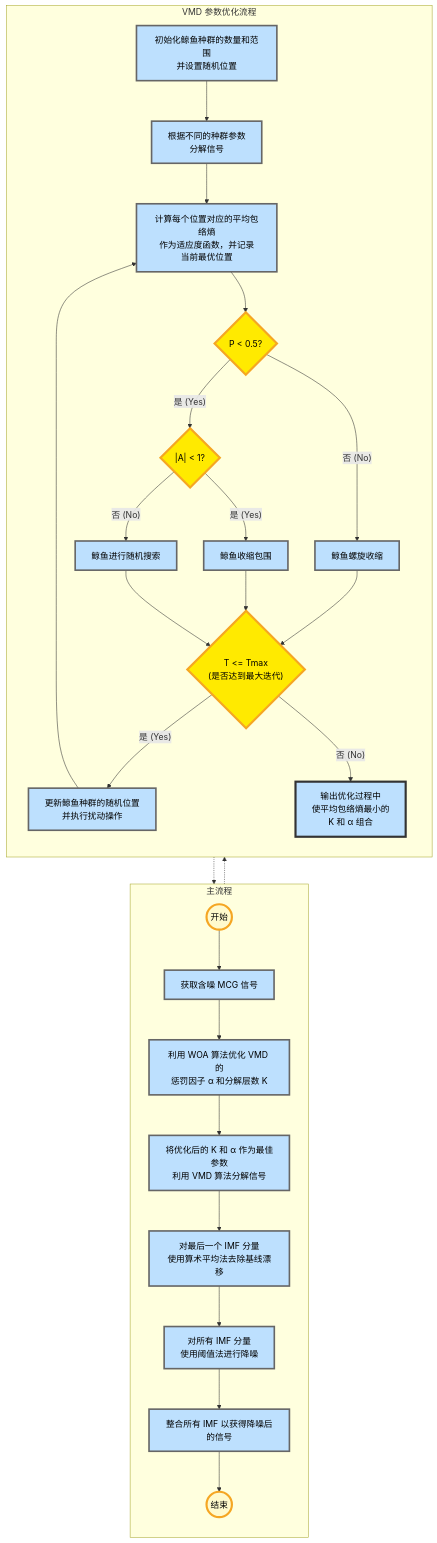
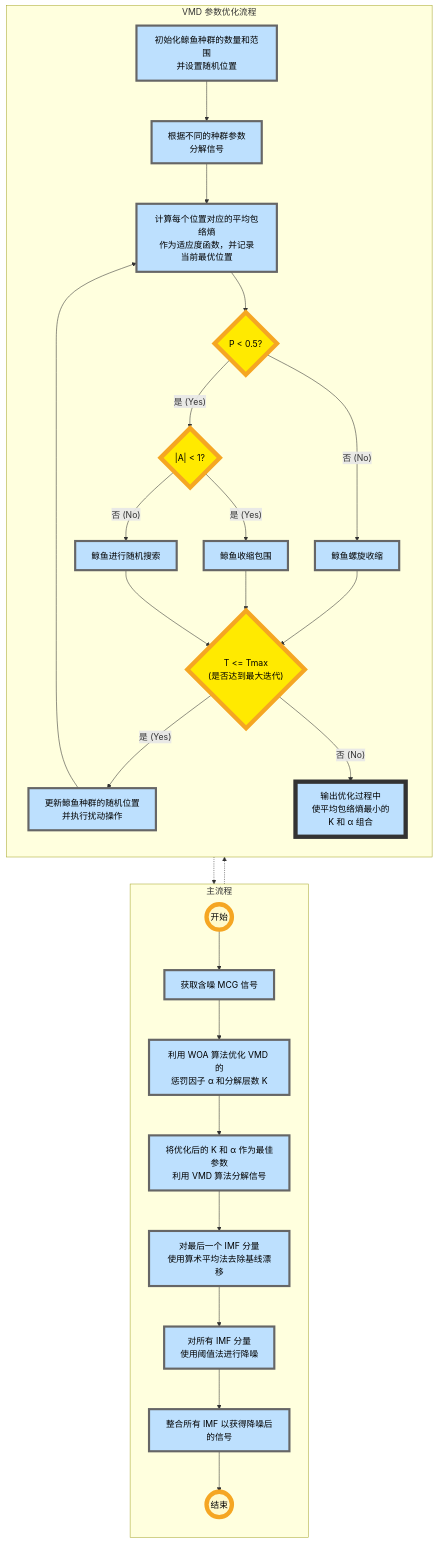
Before and after one commit to songxinudt/test: the diagram in README.md, drawn with Mermaid.

````diff
--- a/README.md
+++ b/README.md
@@ -1,76 +1,76 @@
 ```mermaid
 graph TD
     %% 定义样式
-    classDef process fill:#bde0fe,stroke:#666,stroke-width:3px,color:black;
-    classDef decision fill:#ffea00,stroke:#f5a623,stroke-width:4px,color:black;
-    classDef startend fill:#fffacd,stroke:#f5a623,stroke-width:4px,color:black;
-    classDef output fill:#bde0fe,stroke:#333,stroke-width:4px,color:black;
+    classDef process fill:#bde0fe,stroke:#666,stroke-width:4px,color:black;
+    classDef decision fill:#ffea00,stroke:#f5a623,stroke-width:8px,color:black;
+    classDef startend fill:#fffacd,stroke:#f5a623,stroke-width:8px,color:black;
+    classDef output fill:#bde0fe,stroke:#333,stroke-width:8px,color:black;
 
     %% --- 右侧主流程 ---
     subgraph MainFlow [主流程]
         direction TB
         Start((开始)):::startend
         Acquire[获取含噪 MCG 信号]:::process
         
         %% 这里对应左侧的优化过程
         Optimize[利用 WOA 算法优化 VMD 的<br/>惩罚因子 α 和分解层数 K]:::process
         
         UseParams[将优化后的 K 和 α 作为最佳参数<br/>利用 VMD 算法分解信号]:::process
         RemoveBaseline[对最后一个 IMF 分量<br/>使用算术平均法去除基线漂移]:::process
         Threshold[对所有 IMF 分量<br/>使用阈值法进行降噪]:::process
         Integrate[整合所有 IMF 以获得降噪后的信号]:::process
         End((结束)):::startend
 
         Start --> Acquire
         Acquire --> Optimize
         Optimize --> UseParams
         UseParams --> RemoveBaseline
         RemoveBaseline --> Threshold
         Threshold --> Integrate
         Integrate --> End
     end
 
     %% --- 左侧 VMD 参数优化流程 ---
     subgraph Optimization [VMD 参数优化流程]
         direction TB
         Opt_Init[初始化鲸鱼种群的数量和范围<br/>并设置随机位置]:::process
         Opt_Decomp[根据不同的种群参数<br/>分解信号]:::process
         Opt_Fitness[计算每个位置对应的平均包络熵<br/>作为适应度函数，并记录<br/>当前最优位置]:::process
         
         %% 修复点：必须加双引号
         Dec_P{"P < 0.5?"}:::decision
         Dec_A{"|A| < 1?"}:::decision
         
         Action_Spiral[鲸鱼螺旋收缩]:::process
         Action_Shrink[鲸鱼收缩包围]:::process
         Action_Random[鲸鱼进行随机搜索]:::process
         
         Dec_T{"T <= Tmax<br/>(是否达到最大迭代)"}:::decision
         
         Action_Update[更新鲸鱼种群的随机位置<br/>并执行扰动操作]:::process
         Opt_Output[输出优化过程中<br/>使平均包络熵最小的<br/>K 和 α 组合]:::output
 
         Opt_Init --> Opt_Decomp
         Opt_Decomp --> Opt_Fitness
         Opt_Fitness --> Dec_P
         
         Dec_P -- 否 (No) --> Action_Spiral
         Dec_P -- 是 (Yes) --> Dec_A
         
         Dec_A -- 是 (Yes) --> Action_Shrink
         Dec_A -- 否 (No) --> Action_Random
         
         Action_Spiral --> Dec_T
         Action_Shrink --> Dec_T
         Action_Random --> Dec_T
         
         Dec_T -- 是 (Yes) --> Action_Update
         Action_Update --> Opt_Fitness
         
         Dec_T -- 否 (No) --> Opt_Output
     end
 
     %% 连接两个子图的逻辑关系
     Optimize -.-> Opt_Init
     Opt_Output -.-> Optimize
 ```
````
